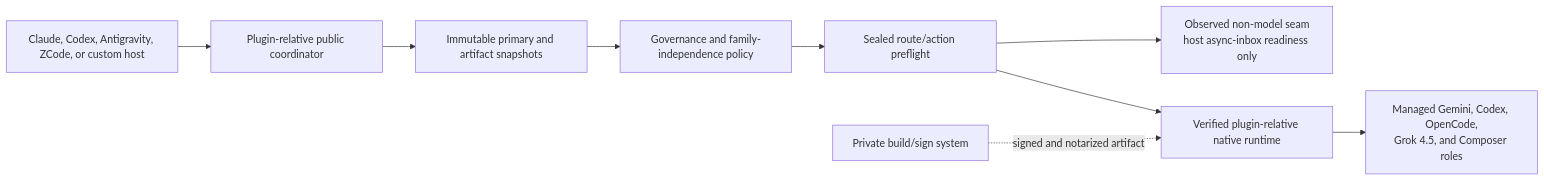
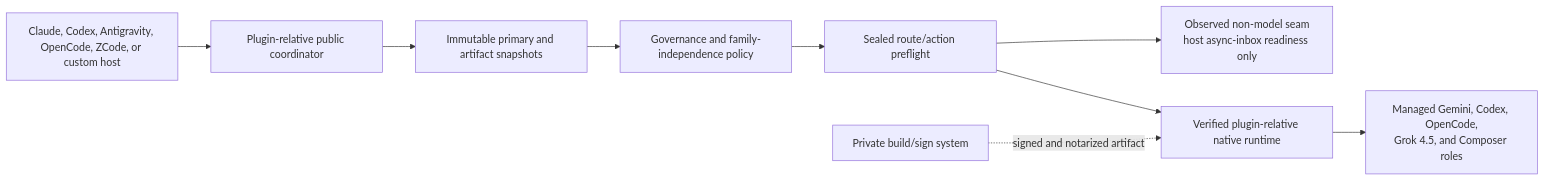
Before and after one commit to sumitake/agent-collab: the diagram in README.md, drawn with Mermaid. The commit also changed other lines of this file and 5 other files, not shown here.

````diff
--- a/README.md
+++ b/README.md
@@ -65,11 +86,11 @@
 ```mermaid
 flowchart LR
-    H["Claude, Codex, Antigravity, ZCode, or custom host"] --> C0["Plugin-relative public coordinator"]
+    H["Claude, Codex, Antigravity, OpenCode, ZCode, or custom host"] --> C0["Plugin-relative public coordinator"]
     C0 --> P["Immutable primary and artifact snapshots"]
     P --> G["Governance and family-independence policy"]
     G --> S["Sealed route/action preflight"]
     S --> N["Observed non-model seam<br/>host async-inbox readiness only"]
     S --> C["Verified plugin-relative native runtime"]
     C --> X["Managed Gemini, Codex, OpenCode,<br/>Grok 4.5, and Composer roles"]
     W["Private build/sign system"] -. "signed and notarized artifact" .-> C
 ```
````
